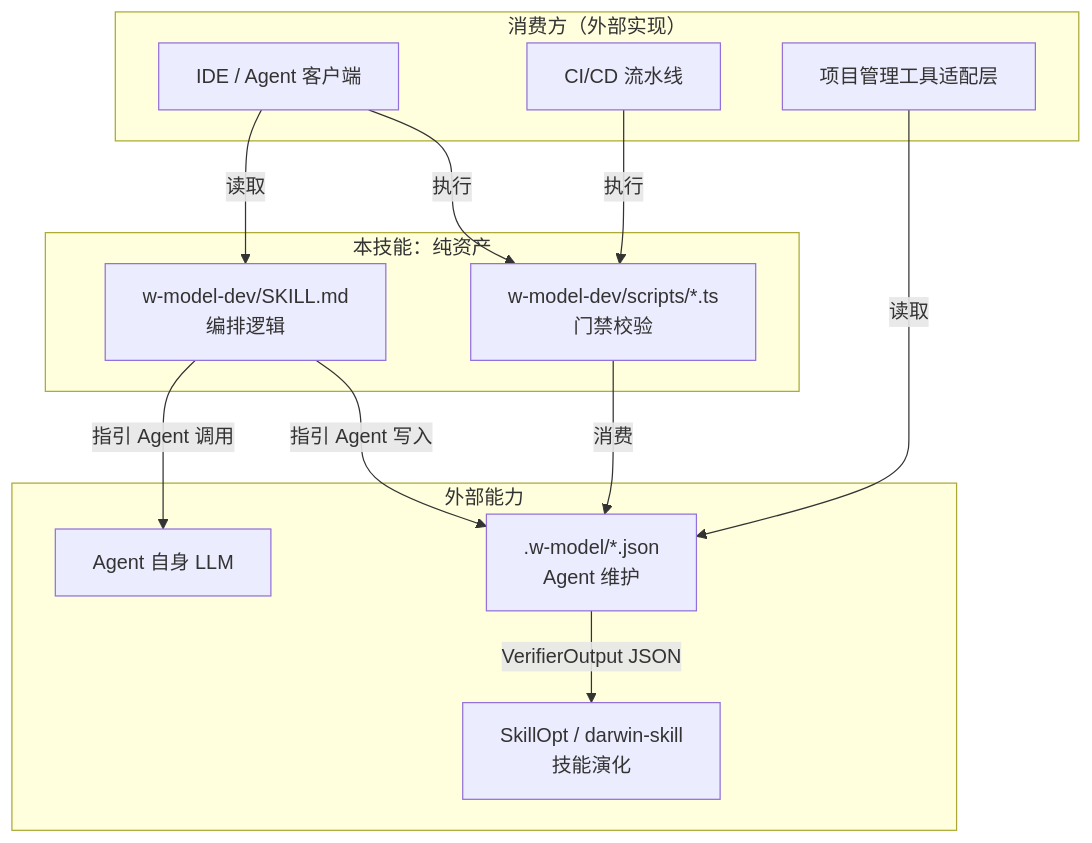
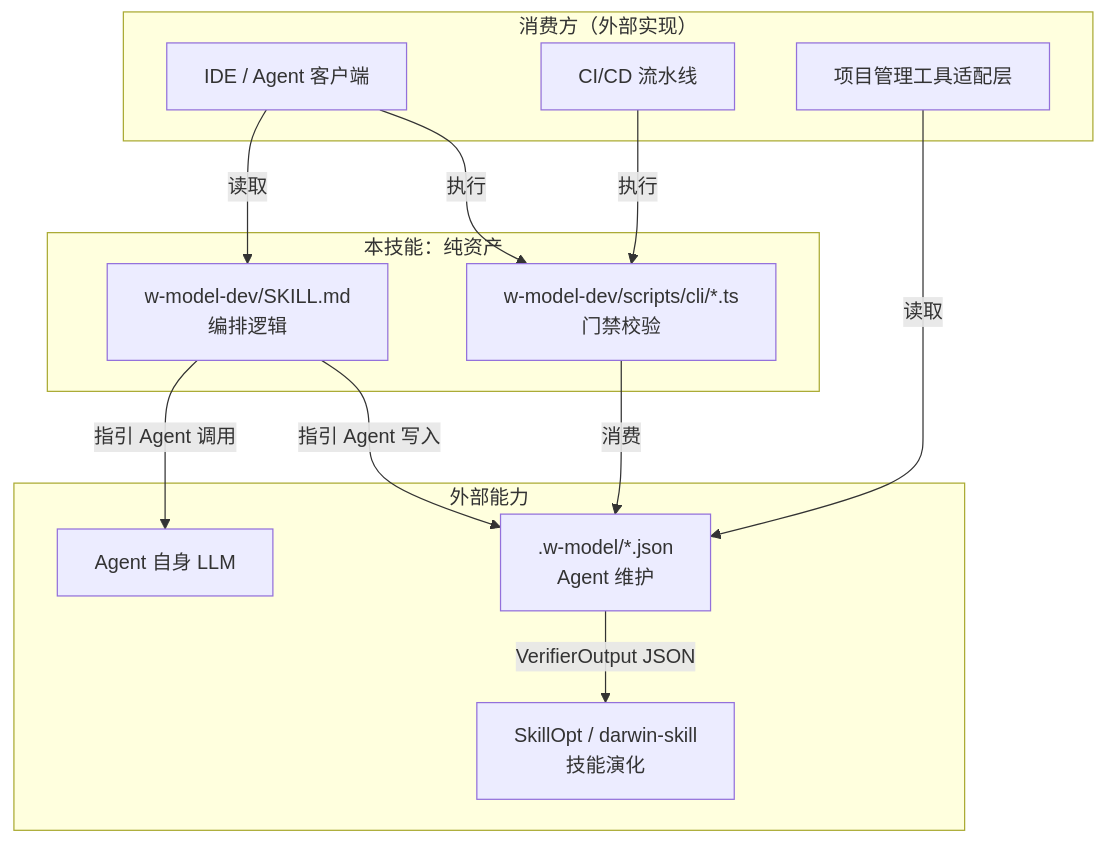
Diagram 11 of 12 in docs/skill-design-document_SSoT.md (WangHHY19931001/Software_Engineering_W_Development_Model_Skills_Pack), drawn with Mermaid before and after one commit. The commit also changed other lines of this file and 1 other file, not shown here.

Commit message:
docs: fix stale wildcard script path references in README and SSoT

````diff
--- a/docs/skill-design-document_SSoT.md
+++ b/docs/skill-design-document_SSoT.md
@@ -2908,28 +2908,28 @@
 ```mermaid
 graph TD
     subgraph 消费方[消费方（外部实现）]
         IDE[IDE / Agent 客户端]
         CI[CI/CD 流水线]
         PM[项目管理工具适配层]
     end
 
     subgraph 技能包[本技能：纯资产]
         SKILL[w-model-dev/SKILL.md<br/>编排逻辑]
-        SCRIPTS[w-model-dev/scripts/*.ts<br/>门禁校验]
+        SCRIPTS[w-model-dev/scripts/cli/*.ts<br/>门禁校验]
     end
 
     subgraph 外部能力[外部能力]
         LLM[Agent 自身 LLM]
         STORE[.w-model/*.json<br/>Agent 维护]
         EVO[SkillOpt / darwin-skill<br/>技能演化]
     end
 
     IDE -->|读取| SKILL
     IDE -->|执行| SCRIPTS
     CI -->|执行| SCRIPTS
     PM -->|读取| STORE
     SKILL -->|指引 Agent 调用| LLM
     SKILL -->|指引 Agent 写入| STORE
     SCRIPTS -->|消费| STORE
     STORE -->|VerifierOutput JSON| EVO
 ```
````
